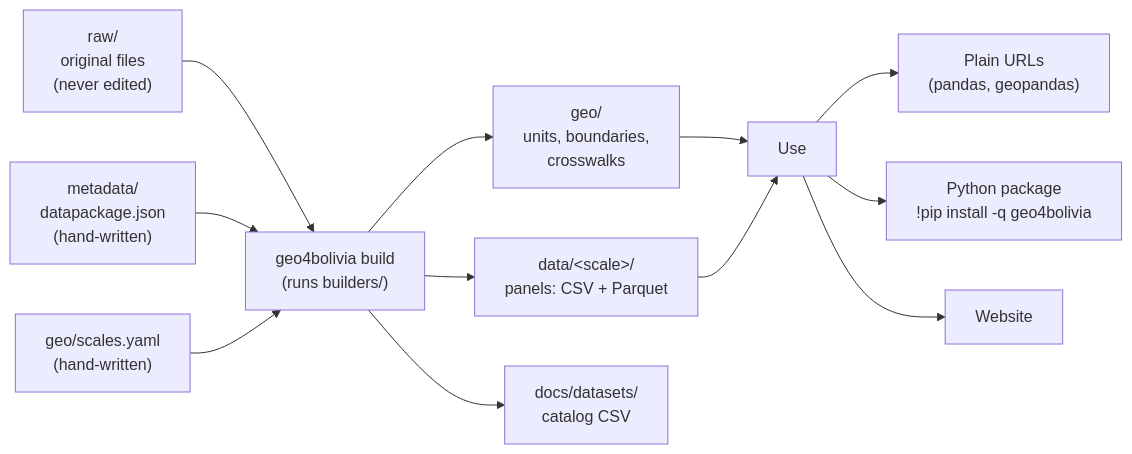
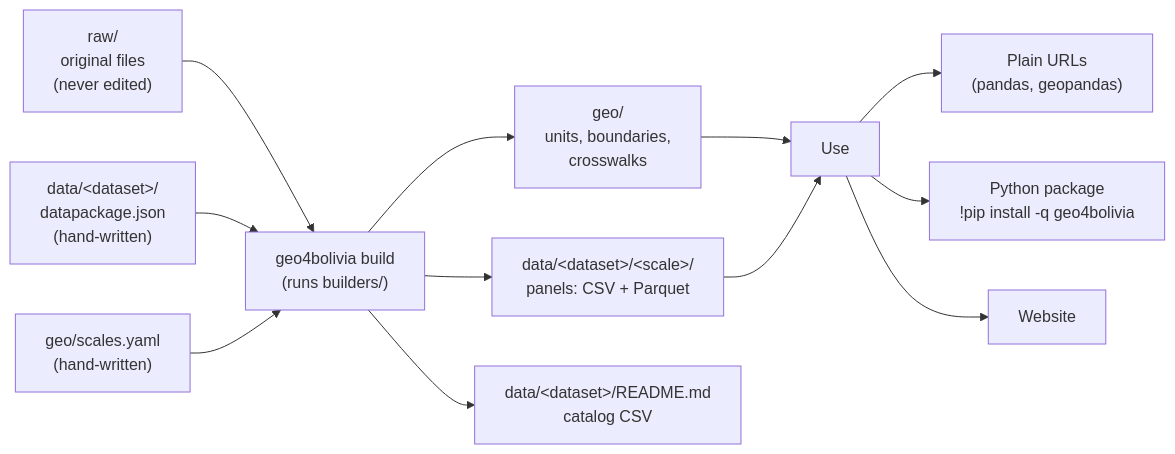
The diagram in docs/data-infrastructure.md (quarcs-lab/gdo4bolivia), drawn with Mermaid before and after one commit. The commit also changed other lines of this file and 229 other files, not shown here.

````diff
--- a/docs/data-infrastructure.md
+++ b/docs/data-infrastructure.md
@@ -25,14 +25,14 @@
 ```mermaid
 flowchart LR
     raw["raw/<br/>original files<br/>(never edited)"] --> build["geo4bolivia build<br/>(runs builders/)"]
-    meta["metadata/<br/>datapackage.json<br/>(hand-written)"] --> build
+    meta["data/&lt;dataset&gt;/<br/>datapackage.json<br/>(hand-written)"] --> build
     scales["geo/scales.yaml<br/>(hand-written)"] --> build
     build --> geo["geo/<br/>units, boundaries,<br/>crosswalks"]
-    build --> data["data/&lt;scale&gt;/<br/>panels: CSV + Parquet"]
-    build --> docs["docs/datasets/<br/>catalog CSV"]
+    build --> data["data/&lt;dataset&gt;/&lt;scale&gt;/<br/>panels: CSV + Parquet"]
+    build --> docs["data/&lt;dataset&gt;/README.md<br/>catalog CSV"]
     geo --> use["Use"]
     data --> use
     use --> url["Plain URLs<br/>(pandas, geopandas)"]
     use --> pkg["Python package<br/>!pip install -q geo4bolivia"]
     use --> web["Website"]
 ```
````
